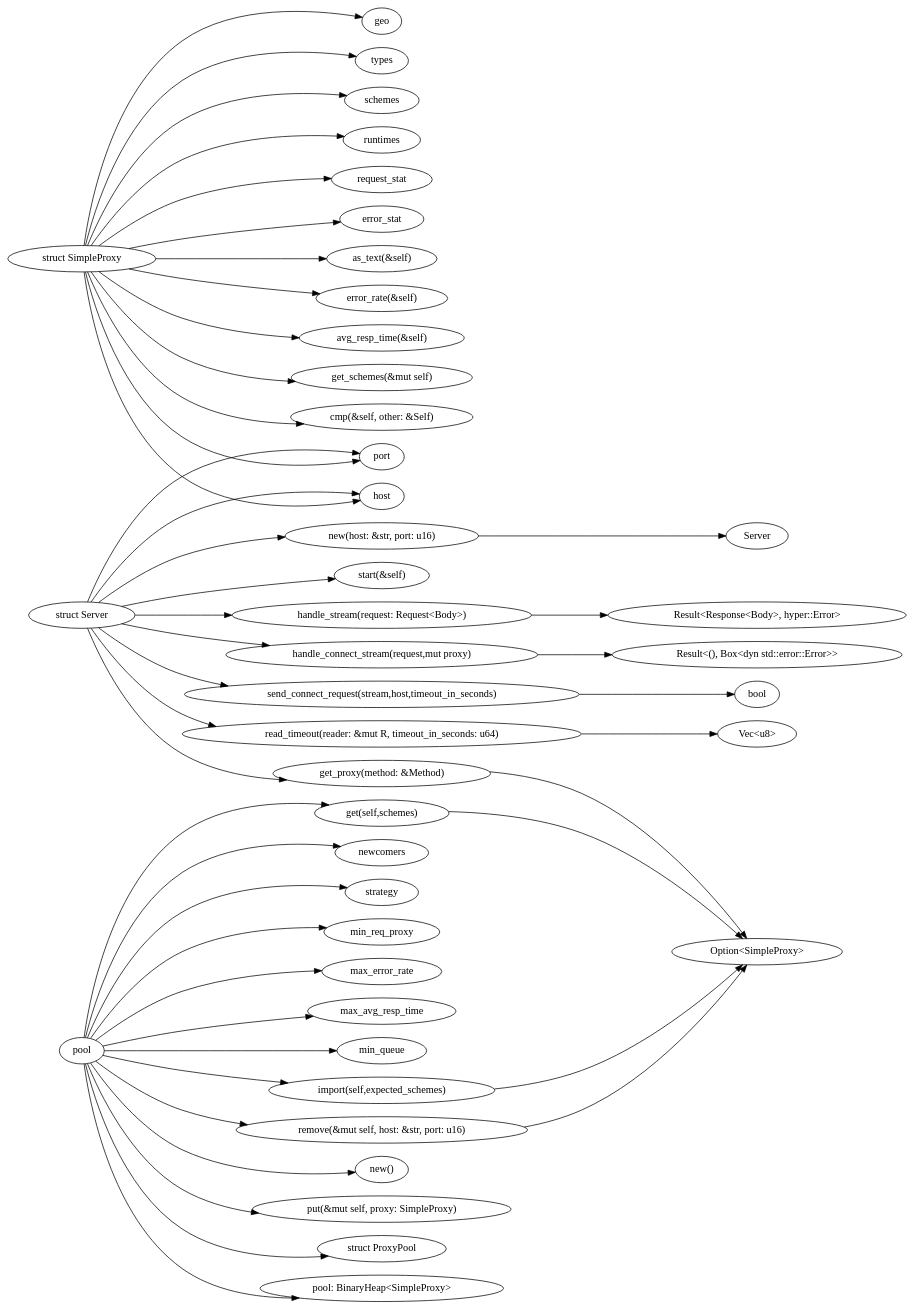
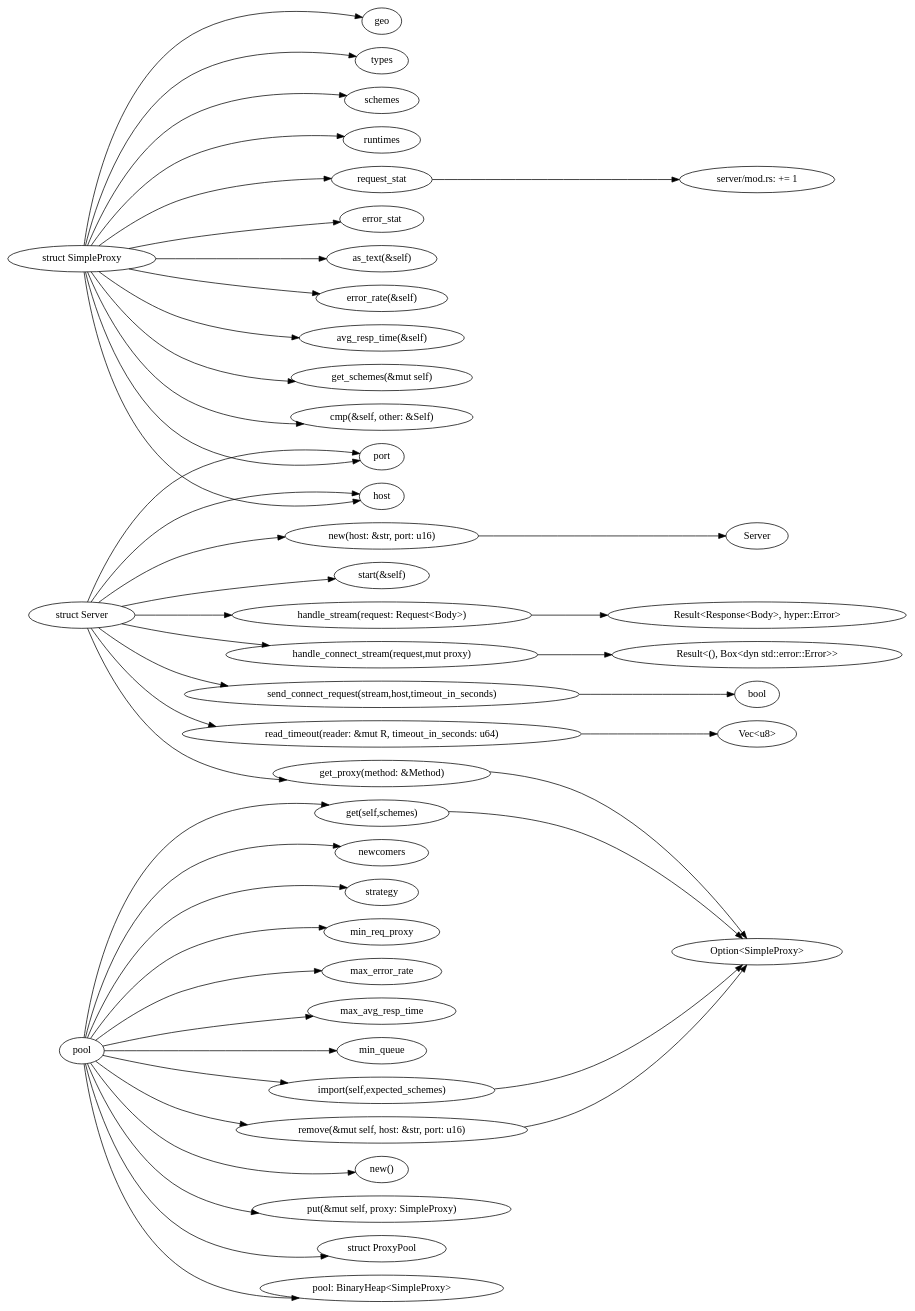
Before and after one commit to softtiny/proxy.rs: the diagram in docs/server/server.a.dot, drawn with Graphviz. The commit also changed 6 other files, not shown here.

```diff
--- a/docs/server/server.a.dot
+++ b/docs/server/server.a.dot
@@ -1,44 +1,44 @@
 digraph {
     graph [ 
         rankdir=LR,
     ]
     "server" [label="struct Server"]
     "server" -> "host"
     "server" -> "port"
     "server" -> "new(host: &str, port: u16)" -> "Server"
     "server" -> "start(&self)"
     "server" -> "handle_stream(request: Request<Body>)" -> "Result<Response<Body>, hyper::Error>"
     "server" -> "handle_connect_stream(request,mut proxy)" -> "Result<(), Box<dyn std::error::Error>>"
     "server" -> "get_proxy(method: &Method)" -> "Option<SimpleProxy>"
     "server" -> "send_connect_request(stream,host,timeout_in_seconds)" -> "bool"
     "server" -> "read_timeout(reader: &mut R, timeout_in_seconds: u64)" -> "Vec<u8>"
 
     "simple" [label="struct SimpleProxy"]
     "simple" -> "host"
     "simple" -> "port"
     "simple" -> "geo"
     "simple" -> "types"
     "simple" -> "schemes"
     "simple" -> "runtimes"
-    "simple" -> "request_stat"
+    "simple" -> "request_stat" -> "server/mod.rs: += 1"
     "simple" -> "error_stat"
     "simple" -> "as_text(&self)"
     "simple" -> "error_rate(&self)"
     "simple" -> "avg_resp_time(&self) "
     "simple" -> "get_schemes(&mut self)"
     "simple" -> "cmp(&self, other: &Self)"
 
     "pool" -> "struct ProxyPool"
     "pool" -> "pool: BinaryHeap<SimpleProxy>"
     "pool" -> "newcomers"
     "pool" -> "strategy"
     "pool" -> "min_req_proxy"
     "pool" -> "max_error_rate"
     "pool" -> "max_avg_resp_time"
     "pool" -> "min_queue"
     "pool" -> "new()"
     "pool" -> "get(self,schemes)" -> "Option<SimpleProxy>"
     "pool" -> "import(self,expected_schemes)" -> "Option<SimpleProxy>"
     "pool" -> "put(&mut self, proxy: SimpleProxy)"
     "pool" -> "remove(&mut self, host: &str, port: u16)" -> "Option<SimpleProxy>"
 }
```
